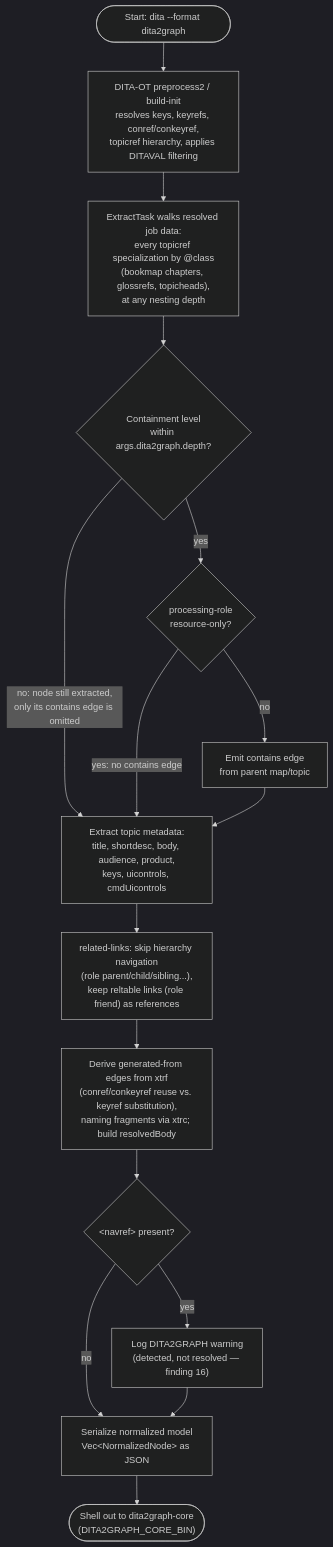
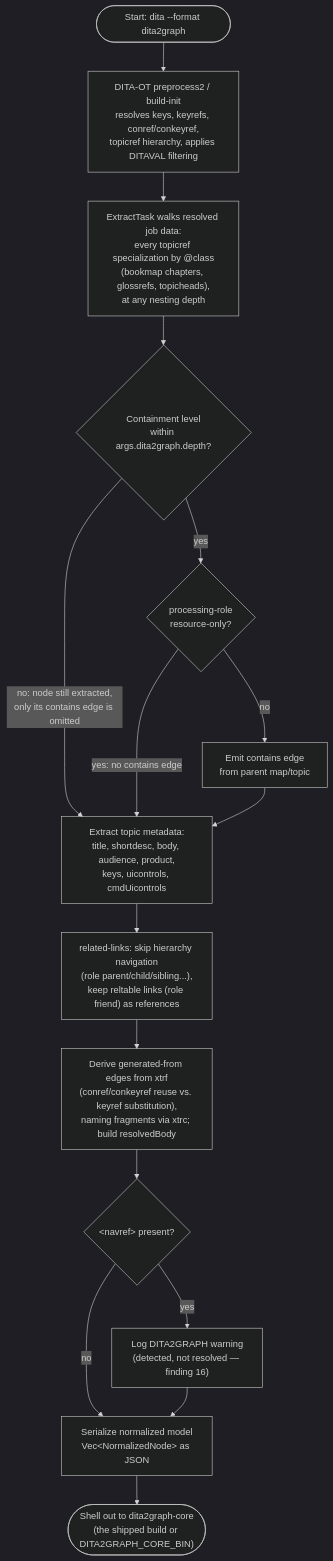
One commit to jyjeanne/DITA2Graph changed the fourth of 7 diagrams in docs/architecture.md. Above: the diagram before and after it, drawn with Mermaid (dark theme). The commit also changed other lines of this file and 69 other files, not shown here.

````diff
--- a/docs/architecture.md
+++ b/docs/architecture.md
@@ -292,18 +292,18 @@
 ```mermaid
 flowchart TD
     Start([Start: dita --format dita2graph]) --> Resolve["DITA-OT preprocess2 / build-init<br/>resolves keys, keyrefs, conref/conkeyref,<br/>topicref hierarchy, applies DITAVAL filtering"]
     Resolve --> Walk["ExtractTask walks resolved job data:<br/>every topicref specialization by @class<br/>(bookmap chapters, glossrefs, topicheads),<br/>at any nesting depth"]
     Walk --> DepthCheck{"Containment level<br/>within args.dita2graph.depth?"}
     DepthCheck -- "no: node still extracted,<br/>only its contains edge is omitted" --> Metadata
     DepthCheck -- yes --> ResourceOnly{"processing-role<br/>resource-only?"}
     ResourceOnly -- "yes: no contains edge" --> Metadata
     ResourceOnly -- no --> ContainsEdge["Emit contains edge<br/>from parent map/topic"]
     ContainsEdge --> Metadata["Extract topic metadata:<br/>title, shortdesc, body, audience, product,<br/>keys, uicontrols, cmdUicontrols"]
     Metadata --> ExcludeNav["related-links: skip hierarchy navigation<br/>(role parent/child/sibling...),<br/>keep reltable links (role friend) as references"]
     ExcludeNav --> Provenance["Derive generated-from edges from xtrf<br/>(conref/conkeyref reuse vs. keyref substitution),<br/>naming fragments via xtrc; build resolvedBody"]
     Provenance --> NavrefCheck{"&lt;navref&gt; present?"}
     NavrefCheck -- yes --> WarnNavref["Log DITA2GRAPH warning<br/>(detected, not resolved — finding 16)"]
     NavrefCheck -- no --> Emit
     WarnNavref --> Emit["Serialize normalized model<br/>Vec&lt;NormalizedNode&gt; as JSON"]
-    Emit --> Handoff(["Shell out to dita2graph-core<br/>(DITA2GRAPH_CORE_BIN)"])
+    Emit --> Handoff(["Shell out to dita2graph-core<br/>(the shipped build or DITA2GRAPH_CORE_BIN)"])
 ```
````
